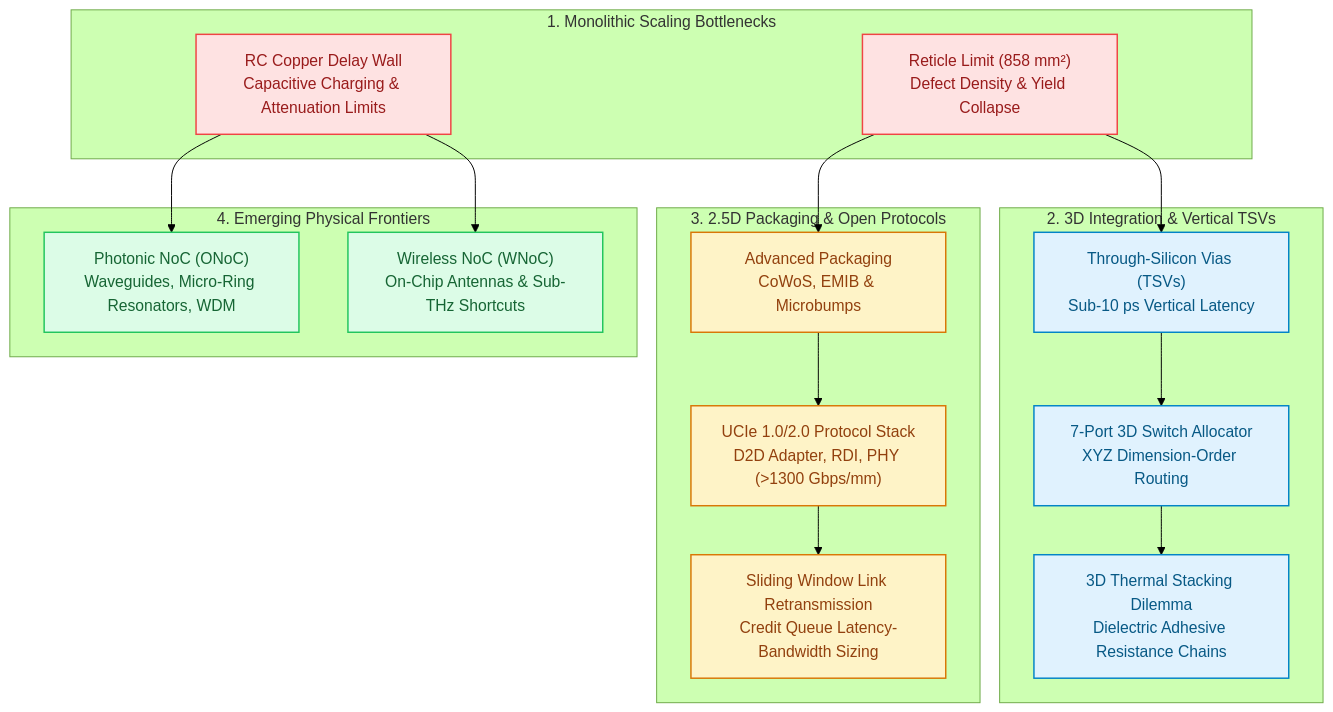
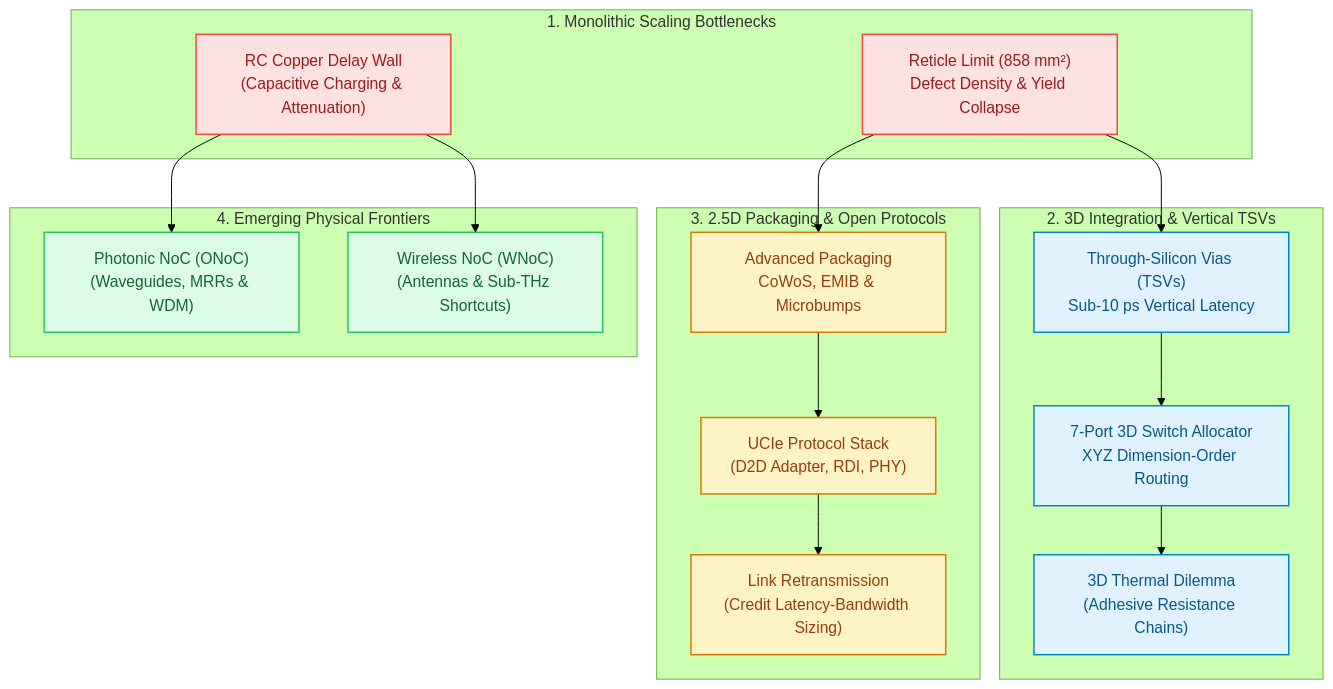
The diagram in docs/track6-chiplets-and-3d/index.md (network-on-chip/learning), drawn with Mermaid (forest theme) before and after one commit. The commit also changed 15 other files, not shown here.

Commit message:
docs: clean repository paths and wrap Mermaid flowchart node labels

````diff
--- a/docs/track6-chiplets-and-3d/index.md
+++ b/docs/track6-chiplets-and-3d/index.md
@@ -44,41 +44,41 @@
 ```mermaid
 graph TD
   subgraph Moore ["1. Monolithic Scaling Bottlenecks"]
     A["Reticle Limit (858 mm²)<br/>Defect Density & Yield Collapse"]
-    B["RC Copper Delay Wall<br/>Capacitive Charging & Attenuation Limits"]
+    B["RC Copper Delay Wall<br/>(Capacitive Charging & Attenuation)"]
   end
 
   subgraph Stacking ["2. 3D Integration & Vertical TSVs"]
     C["Through-Silicon Vias (TSVs)<br/>Sub-10 ps Vertical Latency"]
     D["7-Port 3D Switch Allocator<br/>XYZ Dimension-Order Routing"]
-    E["3D Thermal Stacking Dilemma<br/>Dielectric Adhesive Resistance Chains"]
+    E["3D Thermal Dilemma<br/>(Adhesive Resistance Chains)"]
   end
 
   subgraph Chiplets ["3. 2.5D Packaging & Open Protocols"]
     F["Advanced Packaging<br/>CoWoS, EMIB & Microbumps"]
-    G["UCIe 1.0/2.0 Protocol Stack<br/>D2D Adapter, RDI, PHY (>1300 Gbps/mm)"]
-    H["Sliding Window Link Retransmission<br/>Credit Queue Latency-Bandwidth Sizing"]
+    G["UCIe Protocol Stack<br/>(D2D Adapter, RDI, PHY)"]
+    H["Link Retransmission<br/>(Credit Latency-Bandwidth Sizing)"]
   end
 
   subgraph Frontiers ["4. Emerging Physical Frontiers"]
-    I["Photonic NoC (ONoC)<br/>Waveguides, Micro-Ring Resonators, WDM"]
-    J["Wireless NoC (WNoC)<br/>On-Chip Antennas & Sub-THz Shortcuts"]
+    I["Photonic NoC (ONoC)<br/>(Waveguides, MRRs & WDM)"]
+    J["Wireless NoC (WNoC)<br/>(Antennas & Sub-THz Shortcuts)"]
   end
 
   A --> C
   A --> F
   B --> I
   B --> J
   C --> D --> E
   F --> G --> H
 
   classDef physStyle fill:#fee2e2,stroke:#ef4444,stroke-width:1.5px,color:#991b1b;
   classDef stackStyle fill:#e0f2fe,stroke:#0284c7,stroke-width:1.5px,color:#075985;
   classDef chipStyle fill:#fef3c7,stroke:#d97706,stroke-width:1.5px,color:#92400e;
   classDef frontStyle fill:#dcfce7,stroke:#22c55e,stroke-width:1.5px,color:#166534;
 
   class A,B physStyle;
   class C,D,E stackStyle;
   class F,G,H chipStyle;
   class I,J frontStyle;
 ```
````
